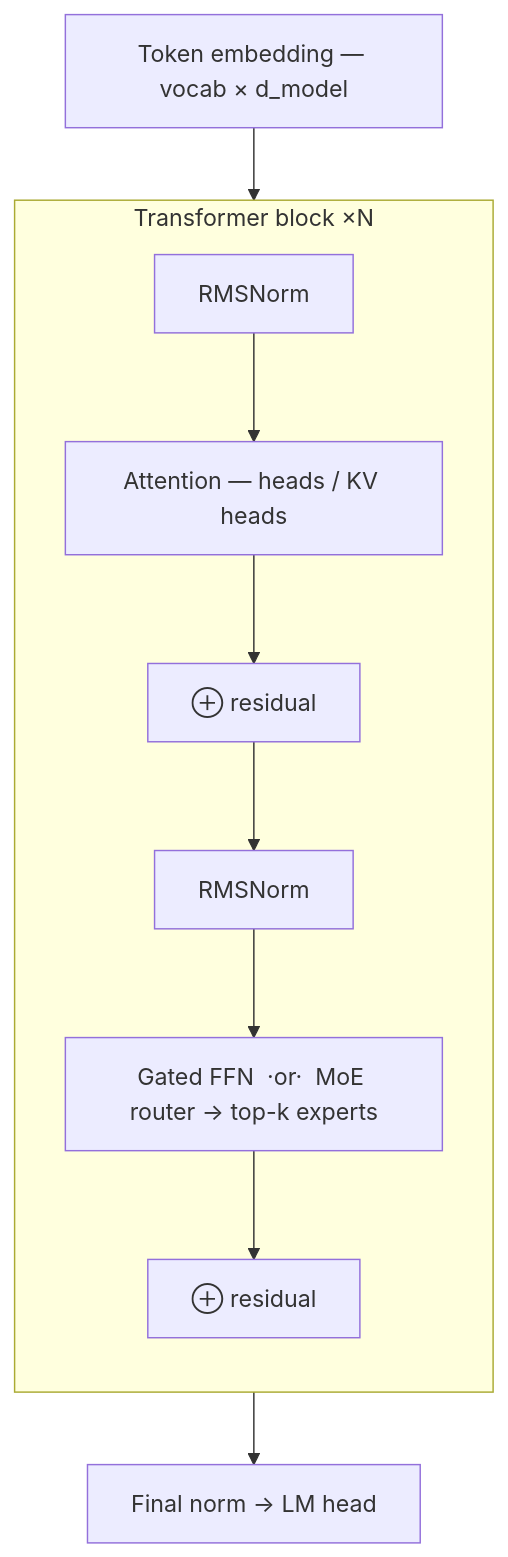
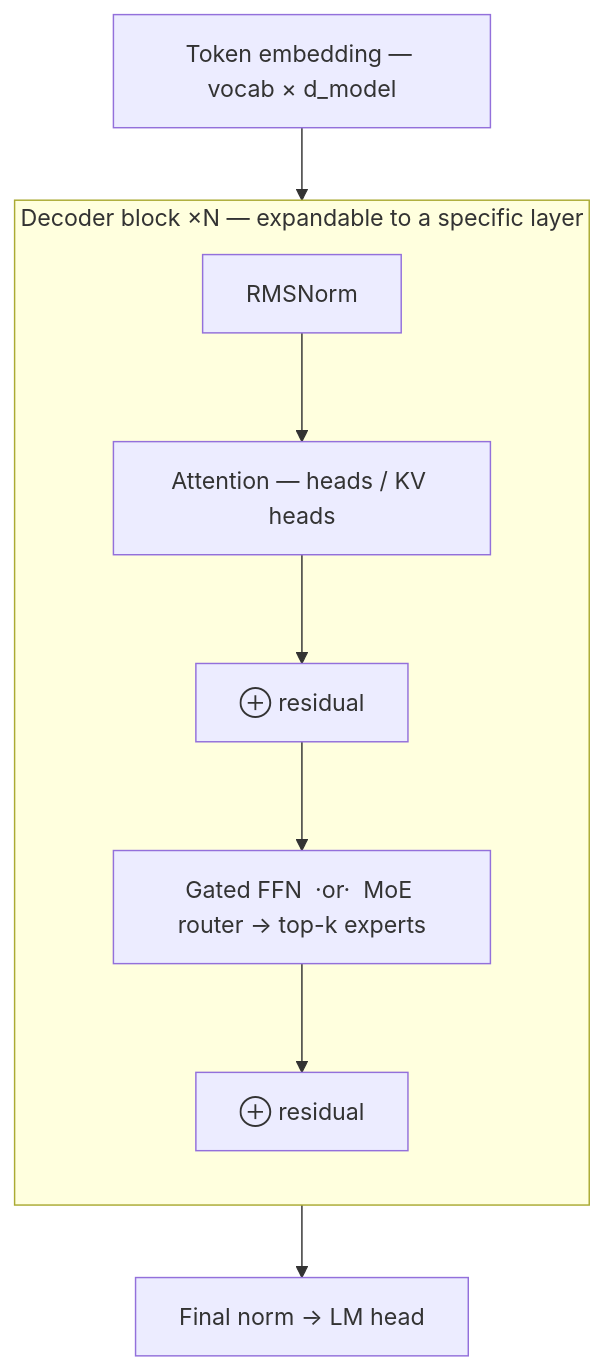
One commit to ConstCorrectness/horrible-dashboard changed the third of 4 diagrams in docs/modules/interpretability.mdx. Above: the diagram before and after it, drawn with Mermaid. The commit also changed other lines of this file and 78 other files, not shown here.

````diff
--- a/docs/modules/interpretability.mdx
+++ b/docs/modules/interpretability.mdx
@@ -123,13 +131,12 @@
 ```mermaid
 flowchart TD
     E["Token embedding — vocab × d_model"] --> B
-    subgraph B["Transformer block ×N"]
+    subgraph B["Decoder block ×N — expandable to a specific layer"]
         direction TB
         N1["RMSNorm"] --> A["Attention — heads / KV heads"]
         A --> R1["⊕ residual"]
-        R1 --> N2["RMSNorm"]
-        N2 --> F["Gated FFN  ·or·  MoE router → top-k experts"]
+        R1 --> F["Gated FFN  ·or·  MoE router → top-k experts"]
         F --> R2["⊕ residual"]
     end
     B --> H["Final norm → LM head"]
 ```
````
